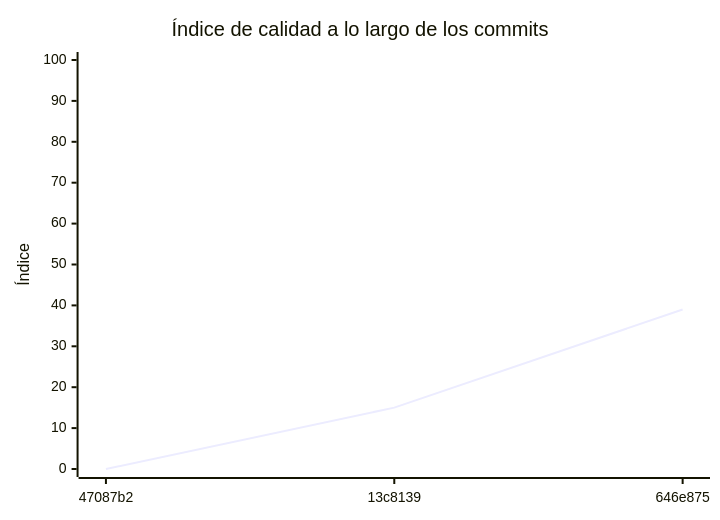
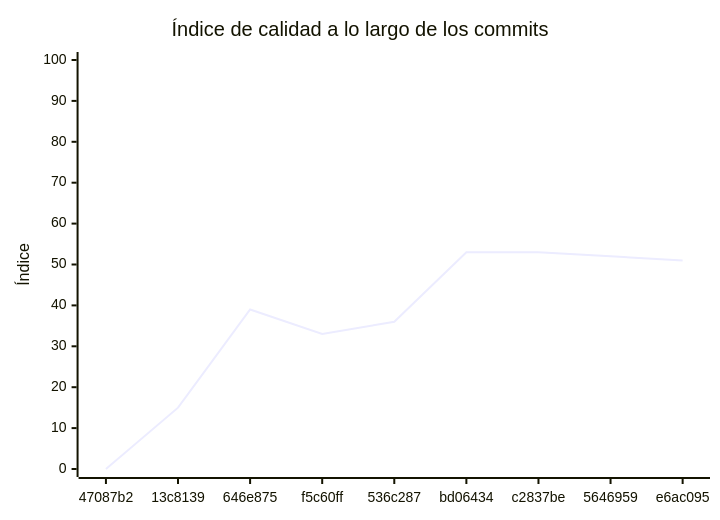
One commit to TONEATTI-PROGRAMACION-TRABAJO-FINAL/Servicio-catalogo changed the diagram in docs/EVALUACION.md. Above: the diagram before and after it, drawn with Mermaid. The commit also changed other lines of this file and 1 other file, not shown here.

````diff
--- a/docs/EVALUACION.md
+++ b/docs/EVALUACION.md
@@ -143,7 +181,7 @@
 ```mermaid
 xychart-beta
     title "Índice de calidad a lo largo de los commits"
-    x-axis ["47087b2", "13c8139", "646e875"]
+    x-axis ["47087b2", "13c8139", "646e875", "f5c60ff", "536c287", "bd06434", "c2837be", "5646959", "e6ac095"]
     y-axis "Índice" 0 --> 100
-    line [0, 15, 39]
+    line [0, 15, 39, 33, 36, 53, 53, 52, 51]
 ```
````
